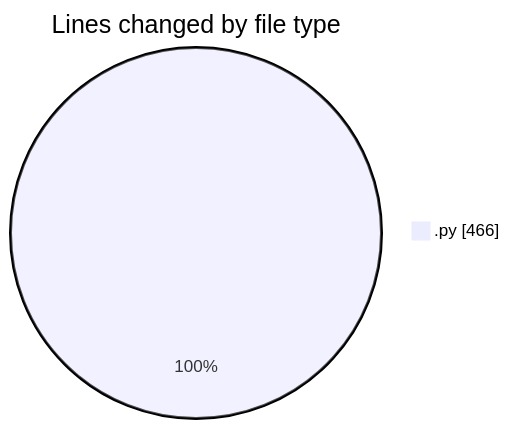
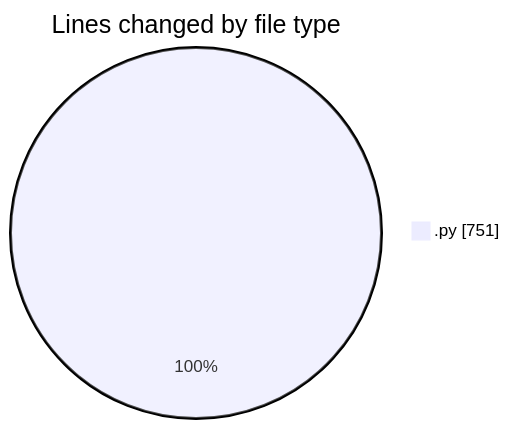
The first of 2 diagrams in 2025-07-03/cursor/README.md (FelipKnott/code-tracking), drawn with Mermaid before and after one commit. The commit also changed other lines of this file and 1 other file, not shown here.

````diff
--- a/2025-07-03/cursor/README.md
+++ b/2025-07-03/cursor/README.md
@@ -26,5 +27,5 @@
 ```mermaid
 pie showData
 title Lines changed by file type
-".py" : 466
+".py" : 751
 ```
````
